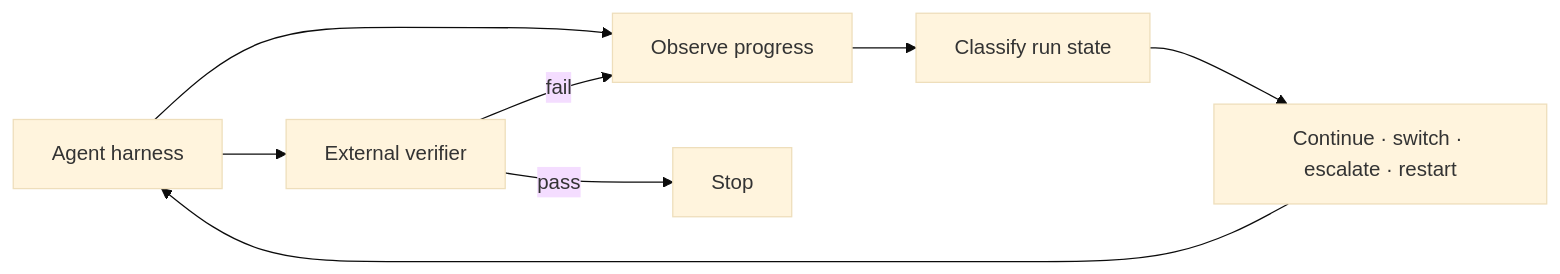
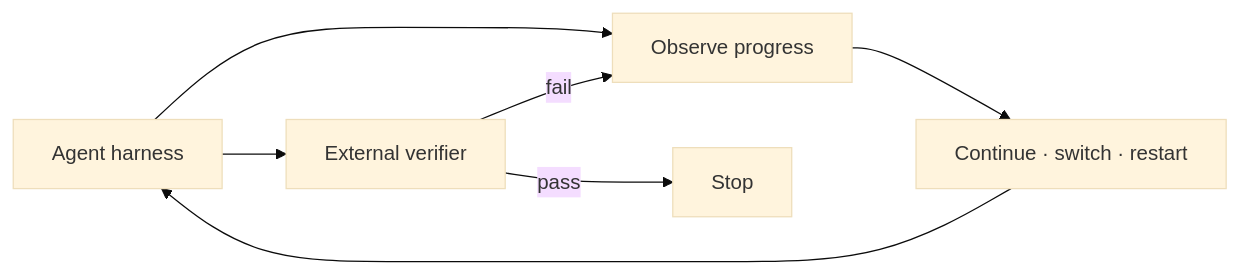
One commit to JacobEverly/long-horizon-supervisor changed the diagram in README.md. Above: the diagram before and after it, drawn with Mermaid (base theme). The commit also changed other lines of this file and 4 other files, not shown here.

````diff
--- a/README.md
+++ b/README.md
@@ -43,10 +48,9 @@
 ```mermaid
 flowchart LR
     H["Agent harness"] --> O["Observe progress"]
-    O --> D["Classify run state"]
-    D --> A["Continue · switch · escalate · restart"]
+    O --> A["Continue · switch · restart"]
     A --> H
     H --> V["External verifier"]
     V -->|pass| S["Stop"]
     V -->|fail| O
 ```
````
